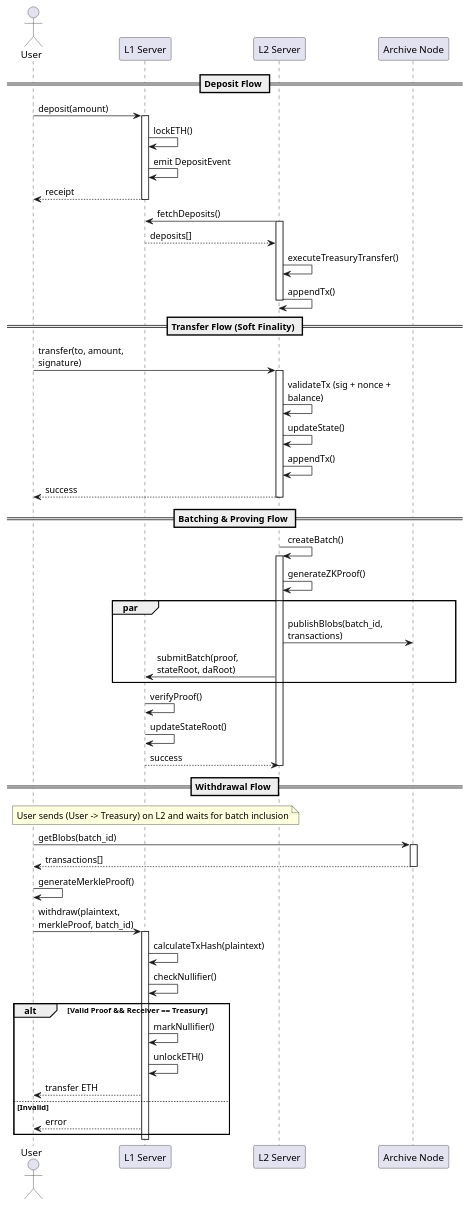
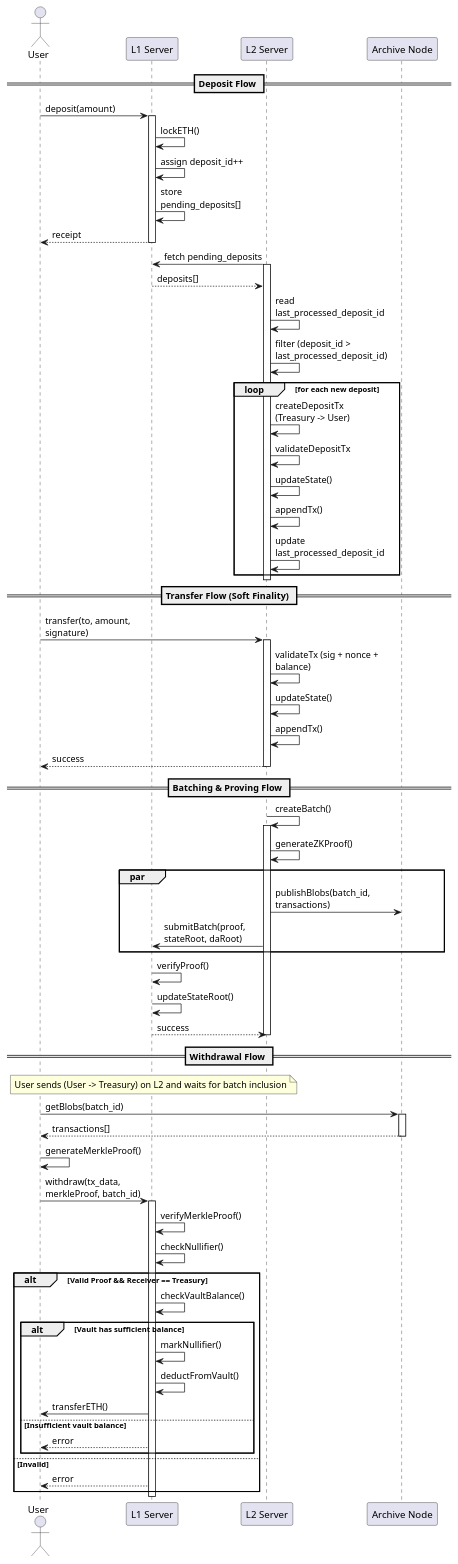
One commit to Mtdung290504/ZK-rollup-simulation changed the diagram in .des/sequence.wsd. Above: the diagram before and after it, drawn with PlantUML. The commit also changed 5 other files, not shown here.

Commit message:
- Modifying the sequencer mechanism: using Dense Merkle Tree. - Detailed design diagrams.

```diff
--- a/.des/sequence.wsd
+++ b/.des/sequence.wsd
@@ -1,73 +1,94 @@
-@startuml "ZK-Rollup Sequence (Refined)"
+@startuml "ZK-Rollup Sequence"
 skinparam maxMessageSize 150
 
 actor User
 participant "L1 Server" as L1
 participant "L2 Server" as L2
 participant "Archive Node" as Archive
 
 == Deposit Flow ==
 User -> L1: deposit(amount)
 activate L1
 L1 -> L1: lockETH()
-L1 -> L1: emit DepositEvent
+L1 -> L1: assign deposit_id++
+L1 -> L1: store pending_deposits[]
 L1 --> User: receipt
 deactivate L1
 
-L2 -> L1: fetchDeposits()
+L2 -> L1: fetch pending_deposits
 activate L2
 L1 --> L2: deposits[]
-L2 -> L2: executeTreasuryTransfer()
-L2 -> L2: appendTx()
+
+L2 -> L2: read last_processed_deposit_id
+L2 -> L2: filter (deposit_id > last_processed_deposit_id)
+
+loop for each new deposit
+  L2 -> L2: createDepositTx (Treasury -> User)
+  L2 -> L2: validateDepositTx
+  L2 -> L2: updateState()
+  L2 -> L2: appendTx()
+  L2 -> L2: update last_processed_deposit_id
+end
+
 deactivate L2
 
 == Transfer Flow (Soft Finality) ==
 User -> L2: transfer(to, amount, signature)
 activate L2
 L2 -> L2: validateTx (sig + nonce + balance)
 L2 -> L2: updateState()
 L2 -> L2: appendTx()
 L2 --> User: success
 deactivate L2
 
 == Batching & Proving Flow ==
 L2 -> L2: createBatch()
 activate L2
 L2 -> L2: generateZKProof()
 
 par
   L2 -> Archive: publishBlobs(batch_id, transactions)
   L2 -> L1: submitBatch(proof, stateRoot, daRoot)
 end
 
 activate L1
 L1 -> L1: verifyProof()
 L1 -> L1: updateStateRoot()
 L1 --> L2: success
 deactivate L1
 deactivate L2
 
 == Withdrawal Flow ==
 note over User, L2: User sends (User -> Treasury) on L2 and waits for batch inclusion
 
 User -> Archive: getBlobs(batch_id)
 activate Archive
 Archive --> User: transactions[]
 deactivate Archive
 
 User -> User: generateMerkleProof()
 
-User -> L1: withdraw(plaintext, merkleProof, batch_id)
+User -> L1: withdraw(tx_data, merkleProof, batch_id)
 activate L1
-L1 -> L1: calculateTxHash(plaintext)
+
+L1 -> L1: verifyMerkleProof()
 L1 -> L1: checkNullifier()
 
 alt Valid Proof && Receiver == Treasury
-    L1 -> L1: markNullifier()
-    L1 -> L1: unlockETH()
-    L1 --> User: transfer ETH
+
+    L1 -> L1: checkVaultBalance()
+
+    alt Vault has sufficient balance
+        L1 -> L1: markNullifier()
+        L1 -> L1: deductFromVault()
+        L1 -> User: transferETH()
+    else Insufficient vault balance
+        L1 --> User: error
+    end
+
 else Invalid
     L1 --> User: error
 end
+
 deactivate L1
 @enduml
```
